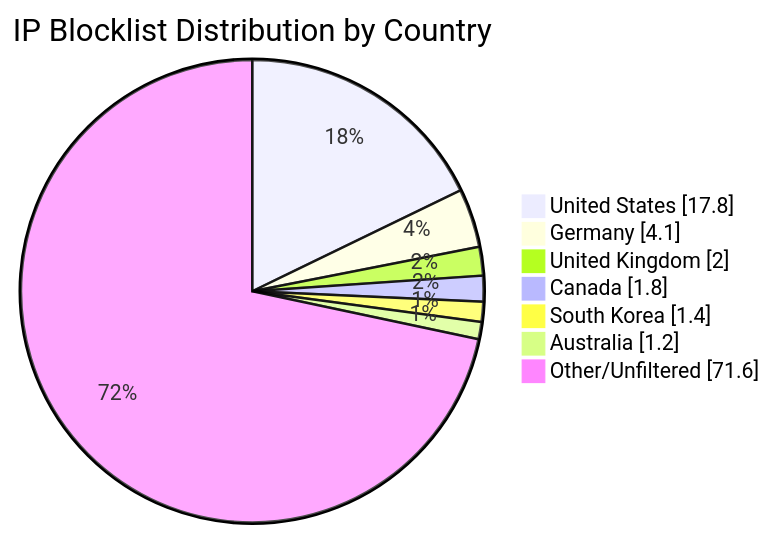
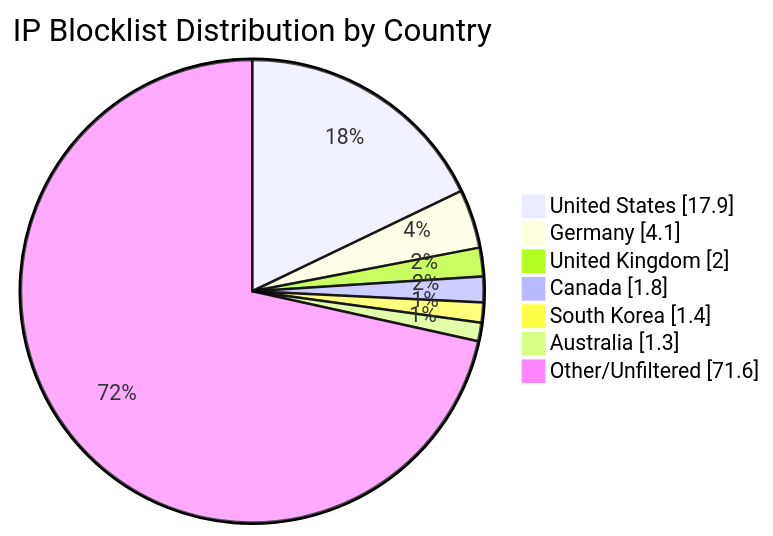
Before and after one commit to MarcusHoltz/ipblocklist-geofiltered-aggregator: the diagram in README.md, drawn with Mermaid. The commit also changed other lines of this file and 9 other files, not shown here.

````diff
--- a/README.md
+++ b/README.md
@@ -34,10 +34,10 @@
 ```mermaid
 pie showData title IP Blocklist Distribution by Country
-"United States" : 17.8
+"United States" : 17.9
 "Germany" : 4.1
 "United Kingdom" : 2.0
 "Canada" : 1.8
 "South Korea" : 1.4
-"Australia" : 1.2
+"Australia" : 1.3
 "Other/Unfiltered" : 71.6
 ```
````
